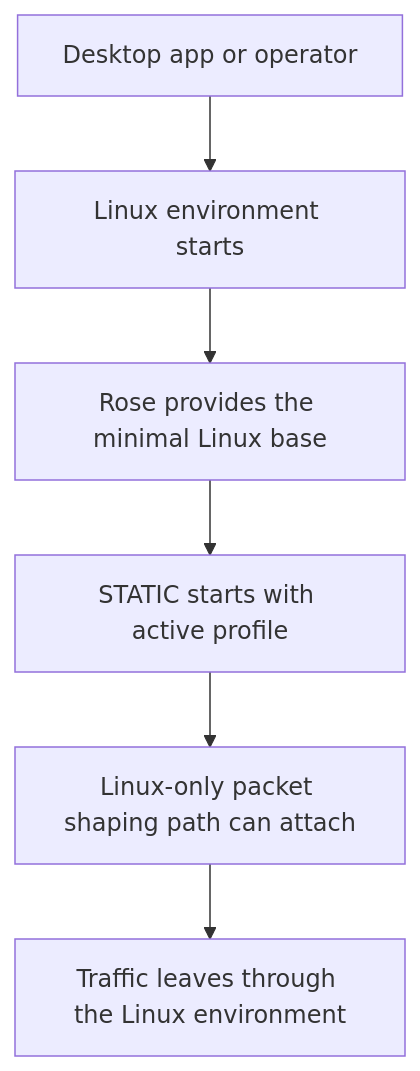
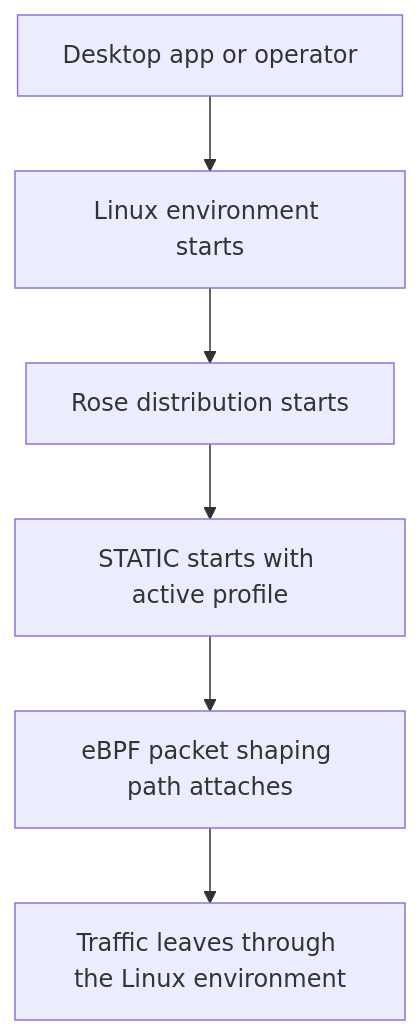
Before and after one commit to un-nf/404-docs: the second of 2 diagrams in docs/Overview/rose.md, drawn with Mermaid. The commit also changed other lines of this file and 9 other files, not shown here.

````diff
--- a/docs/Overview/rose.md
+++ b/docs/Overview/rose.md
@@ -80,8 +75,8 @@
 ```mermaid
 flowchart TD
     A[Desktop app or operator] --> B[Linux environment starts]
-    B --> C[Rose provides the minimal Linux base]
+    B --> C[Rose distribution starts]
     C --> D[STATIC starts with active profile]
-    D --> E[Linux-only packet shaping path can attach]
+    D --> E[eBPF packet shaping path attaches]
     E --> F[Traffic leaves through the Linux environment]
 ```
````
